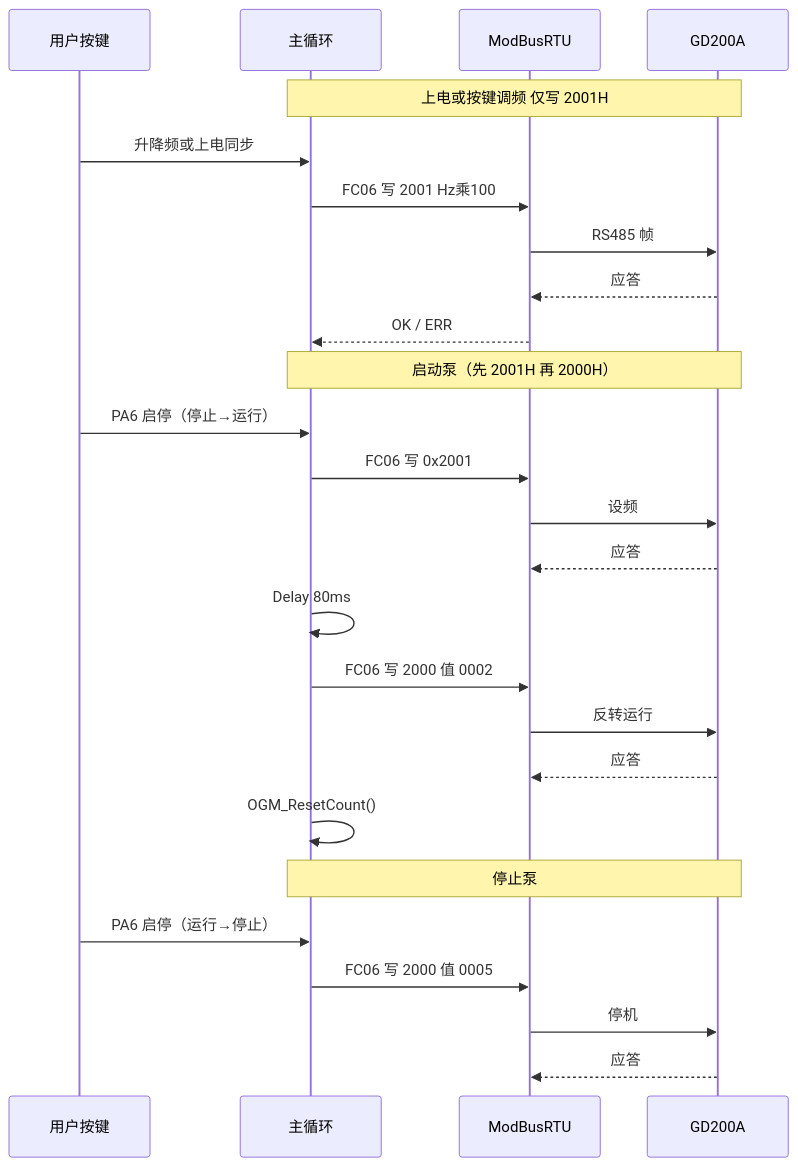
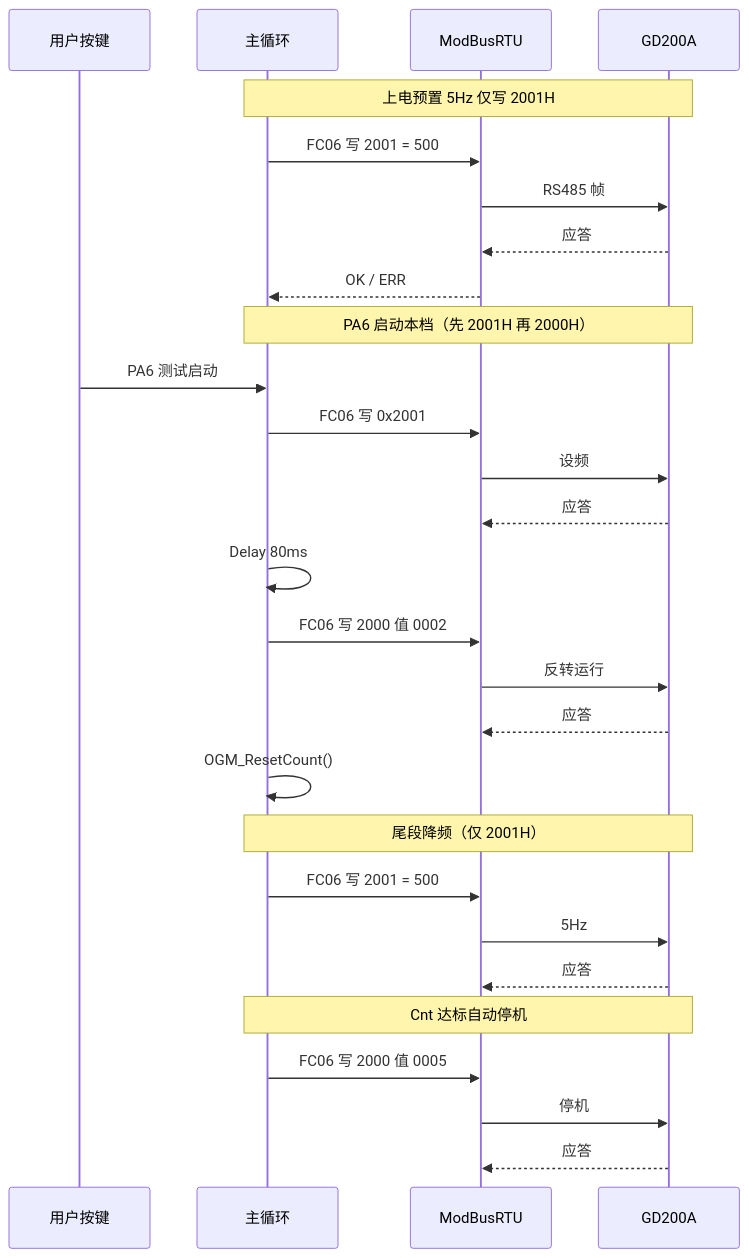
Before and after one commit to mdbsliguo/stm32_template_SPL: the sixth of 6 diagrams in Examples/NPN/NPN03_Preset_Pump_SwAlgo/README.md, drawn with Mermaid. The commit also changed other lines of this file and 6 other files, not shown here.

````diff
--- a/Examples/NPN/NPN03_Preset_Pump_SwAlgo/README.md
+++ b/Examples/NPN/NPN03_Preset_Pump_SwAlgo/README.md
@@ -455,31 +482,34 @@
 ```mermaid
 sequenceDiagram
     participant U as 用户按键
     participant M as 主循环
     participant B as ModBusRTU
     participant V as GD200A
 
-    Note over M,V: 上电或按键调频 仅写 2001H
-    U->>M: 升降频或上电同步
-    M->>B: FC06 写 2001 Hz乘100
+    Note over M,V: 上电预置 5Hz 仅写 2001H
+    M->>B: FC06 写 2001 = 500
     B->>V: RS485 帧
     V-->>B: 应答
     B-->>M: OK / ERR
 
-    Note over M,V: 启动泵（先 2001H 再 2000H）
-    U->>M: PA6 启停（停止→运行）
+    Note over M,V: PA6 启动本档（先 2001H 再 2000H）
+    U->>M: PA6 测试启动
     M->>B: FC06 写 0x2001
     B->>V: 设频
     V-->>B: 应答
     M->>M: Delay 80ms
     M->>B: FC06 写 2000 值 0002
     B->>V: 反转运行
     V-->>B: 应答
     M->>M: OGM_ResetCount()
 
-    Note over M,V: 停止泵
-    U->>M: PA6 启停（运行→停止）
+    Note over M,V: 尾段降频（仅 2001H）
+    M->>B: FC06 写 2001 = 500
+    B->>V: 5Hz
+    V-->>B: 应答
+
+    Note over M,V: Cnt 达标自动停机
     M->>B: FC06 写 2000 值 0005
     B->>V: 停机
     V-->>B: 应答
 ```
````
